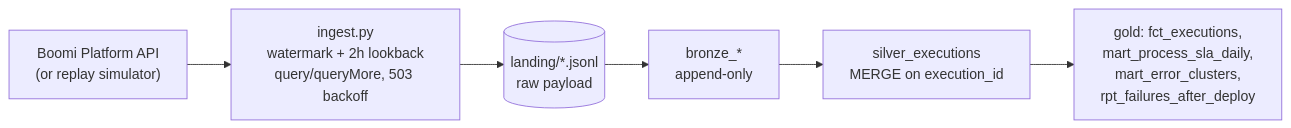
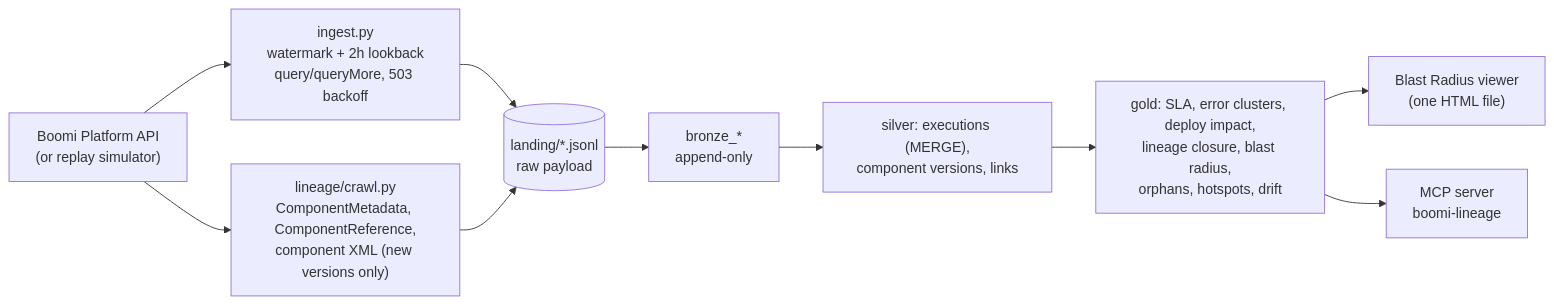
Before and after one commit to Himansh1975/boomi-ops-lakehouse: the diagram in README.md, drawn with Mermaid. The commit also changed other lines of this file and 23 other files, not shown here.

First line of the commit message:
Blast Radius: Boomi component lineage, viewer and MCP server

````diff
--- a/README.md
+++ b/README.md
@@ -24,8 +40,12 @@
 ```mermaid
 flowchart LR
     API["Boomi Platform API<br/>(or replay simulator)"] --> ING["ingest.py<br/>watermark + 2h lookback<br/>query/queryMore, 503 backoff"]
+    API --> CR["lineage/crawl.py<br/>ComponentMetadata, ComponentReference,<br/>component XML (new versions only)"]
     ING --> L[("landing/*.jsonl<br/>raw payload")]
+    CR --> L
     L --> B["bronze_*<br/>append-only"]
-    B --> S["silver_executions<br/>MERGE on execution_id"]
-    S --> G["gold: fct_executions,<br/>mart_process_sla_daily,<br/>mart_error_clusters,<br/>rpt_failures_after_deploy"]
+    B --> S["silver: executions (MERGE),<br/>component versions, links"]
+    S --> G["gold: SLA, error clusters, deploy impact,<br/>lineage closure, blast radius,<br/>orphans, hotspots, drift"]
+    G --> V["Blast Radius viewer<br/>(one HTML file)"]
+    G --> M["MCP server<br/>boomi-lineage"]
 ```
````
